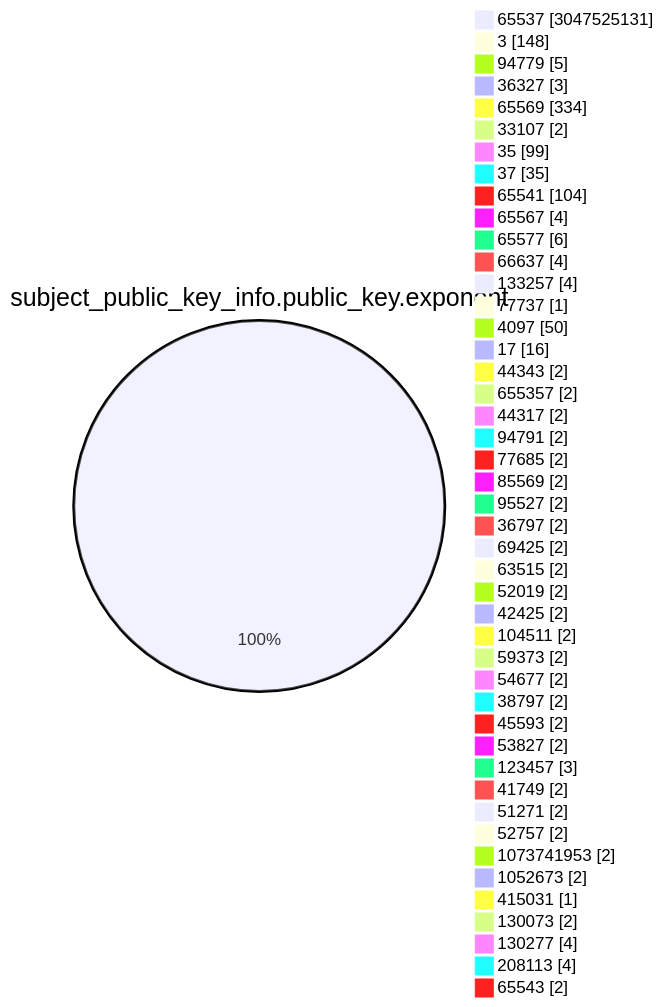
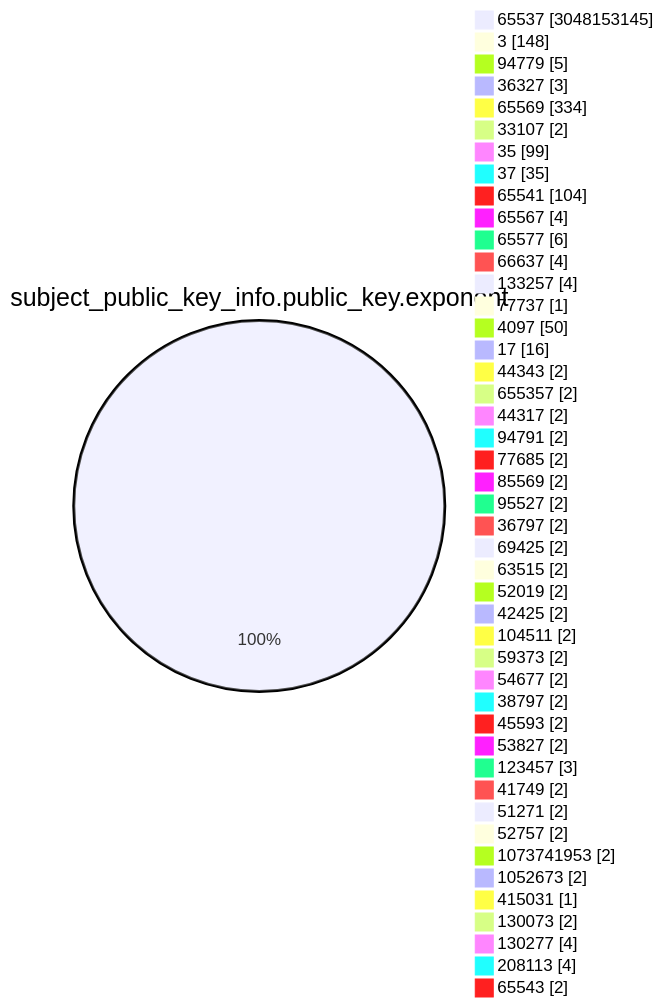
The fourth of 15 diagrams in TOTAL/README.md (christiankrug/ctmonitor_visualization), drawn with Mermaid before and after one commit. The commit also changed other lines of this file, not shown here.

````diff
--- a/TOTAL/README.md
+++ b/TOTAL/README.md
@@ -1473,49 +1473,49 @@
 ```mermaid
 pie showData
 title subject_public_key_info.public_key.exponent
-"65537" :3047525131
+"65537" :3048153145
 "3" :148
 "94779" :5
 "36327" :3
 "65569" :334
 "33107" :2
 "35" :99
 "37" :35
 "65541" :104
 "65567" :4
 "65577" :6
 "66637" :4
 "133257" :4
 "77737" :1
 "4097" :50
 "17" :16
 "44343" :2
 "655357" :2
 "44317" :2
 "94791" :2
 "77685" :2
 "85569" :2
 "95527" :2
 "36797" :2
 "69425" :2
 "63515" :2
 "52019" :2
 "42425" :2
 "104511" :2
 "59373" :2
 "54677" :2
 "38797" :2
 "45593" :2
 "53827" :2
 "123457" :3
 "41749" :2
 "51271" :2
 "52757" :2
 "1073741953" :2
 "1052673" :2
 "415031" :1
 "130073" :2
 "130277" :4
 "208113" :4
 "65543" :2
 ```
````
